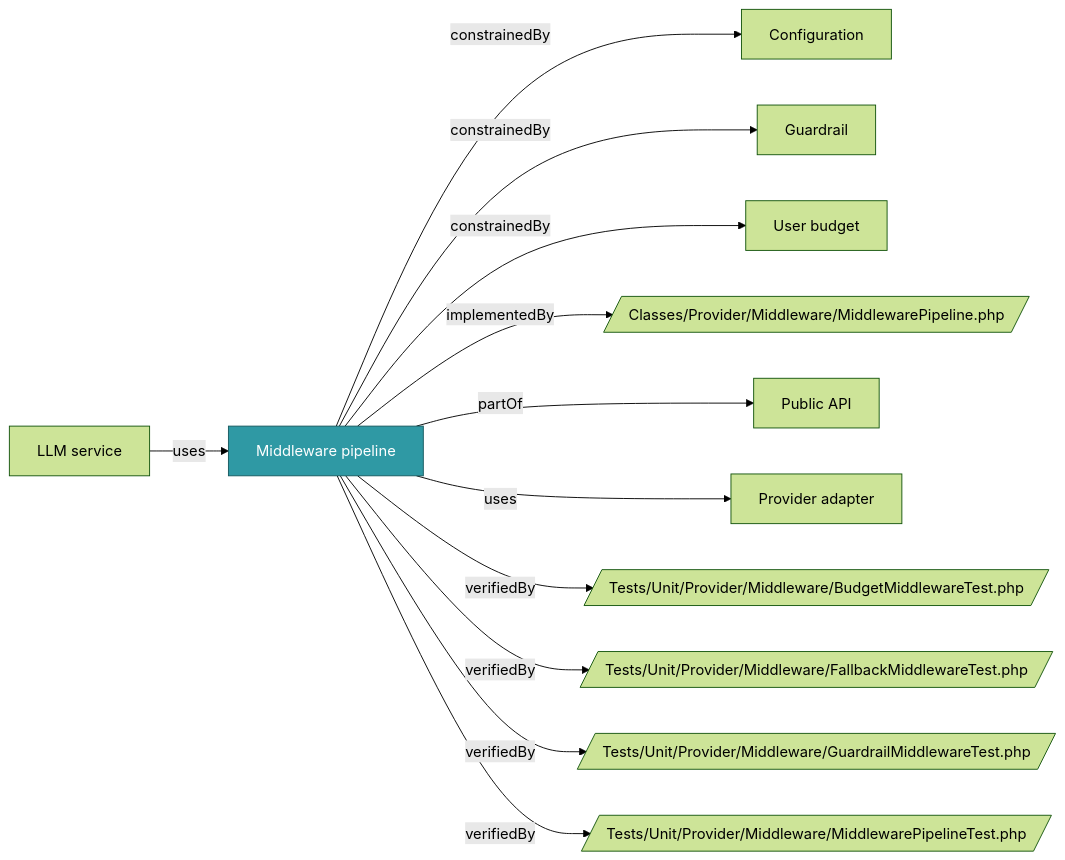
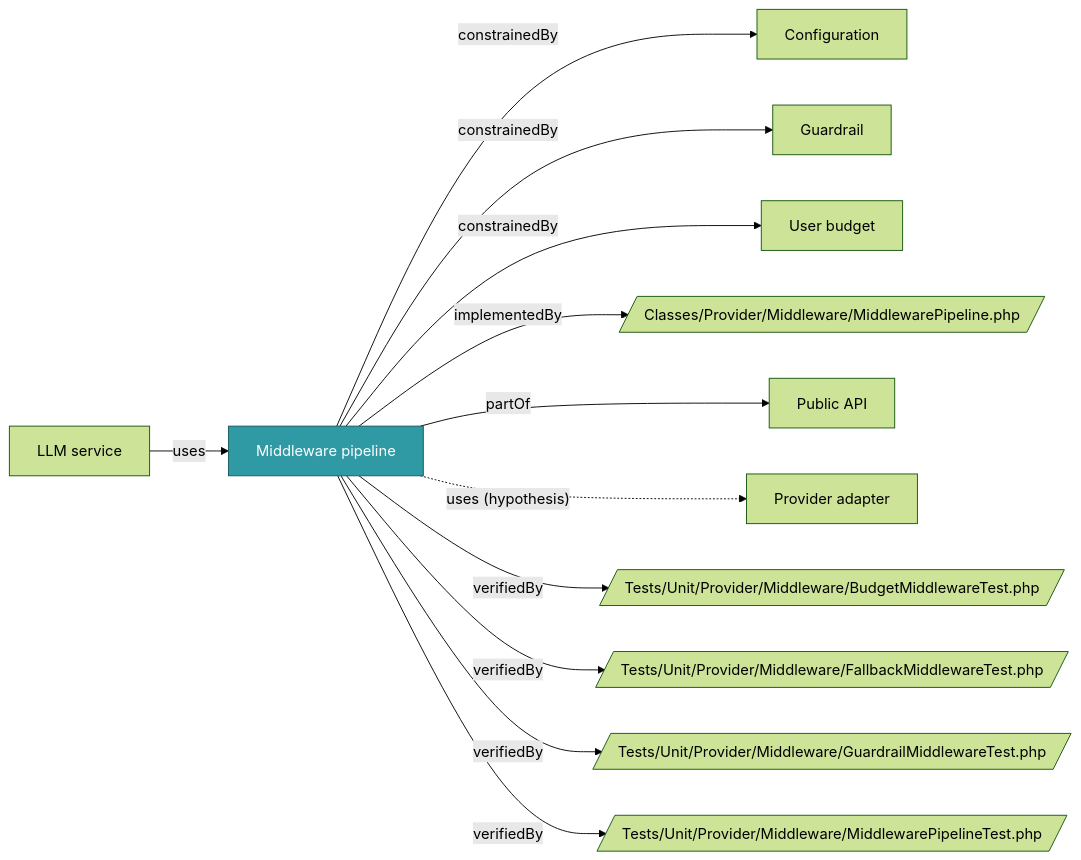
The diagram in docs/ontology/concepts/middleware-pipeline.md (netresearch/t3x-nr-llm), drawn with Mermaid (forest theme) before and after one commit. The commit also changed other lines of this file and 6 other files, not shown here.

````diff
--- a/docs/ontology/concepts/middleware-pipeline.md
+++ b/docs/ontology/concepts/middleware-pipeline.md
@@ -19,28 +19,28 @@
 ```mermaid
 flowchart LR
   c["Middleware pipeline"]
   n1["Configuration"]
   n2["Guardrail"]
   n3["User budget"]
   n4[/"Classes/Provider/Middleware/MiddlewarePipeline.php"/]
   n5["Public API"]
   n6["Provider adapter"]
   n7[/"Tests/Unit/Provider/Middleware/BudgetMiddlewareTest.php"/]
   n8[/"Tests/Unit/Provider/Middleware/FallbackMiddlewareTest.php"/]
   n9[/"Tests/Unit/Provider/Middleware/GuardrailMiddlewareTest.php"/]
   n10[/"Tests/Unit/Provider/Middleware/MiddlewarePipelineTest.php"/]
   n11["LLM service"]
   c -->|"constrainedBy"| n1
   c -->|"constrainedBy"| n2
   c -->|"constrainedBy"| n3
   c -->|"implementedBy"| n4
   c -->|"partOf"| n5
-  c -->|"uses"| n6
+  c -.->|"uses (hypothesis)"| n6
   c -->|"verifiedBy"| n7
   c -->|"verifiedBy"| n8
   c -->|"verifiedBy"| n9
   c -->|"verifiedBy"| n10
   n11 -->|"uses"| c
   classDef focus fill:#2F99A4,stroke:#15585E,color:#ffffff
   class c focus
 ```
````
